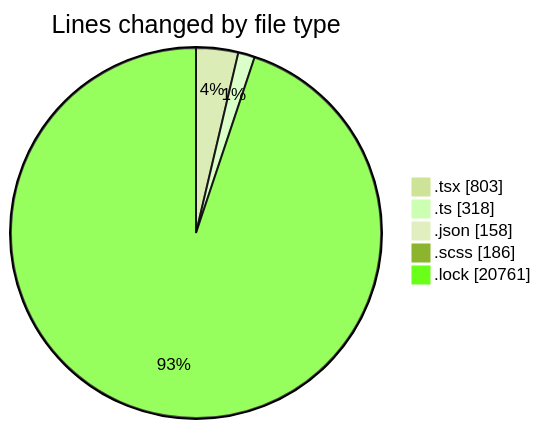
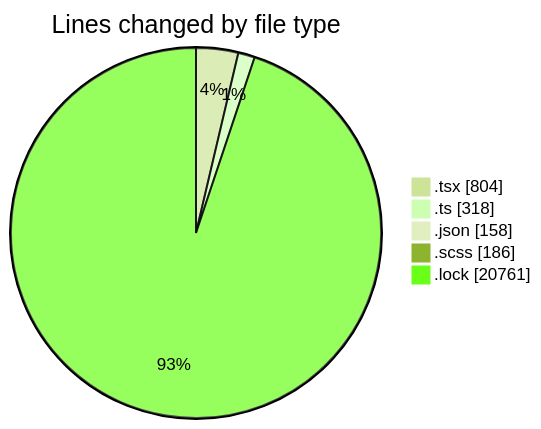
Before and after one commit to momahboobian/code-tracking: the first of 2 diagrams in 2025-04-29/cda/README.md, drawn with Mermaid (forest theme). The commit also changed other lines of this file and 1 other file, not shown here.

````diff
--- a/2025-04-29/cda/README.md
+++ b/2025-04-29/cda/README.md
@@ -36,9 +37,9 @@
 ```mermaid
 pie showData
 title Lines changed by file type
-".tsx" : 803
+".tsx" : 804
 ".ts" : 318
 ".json" : 158
 ".scss" : 186
 ".lock" : 20761
 ```
````
